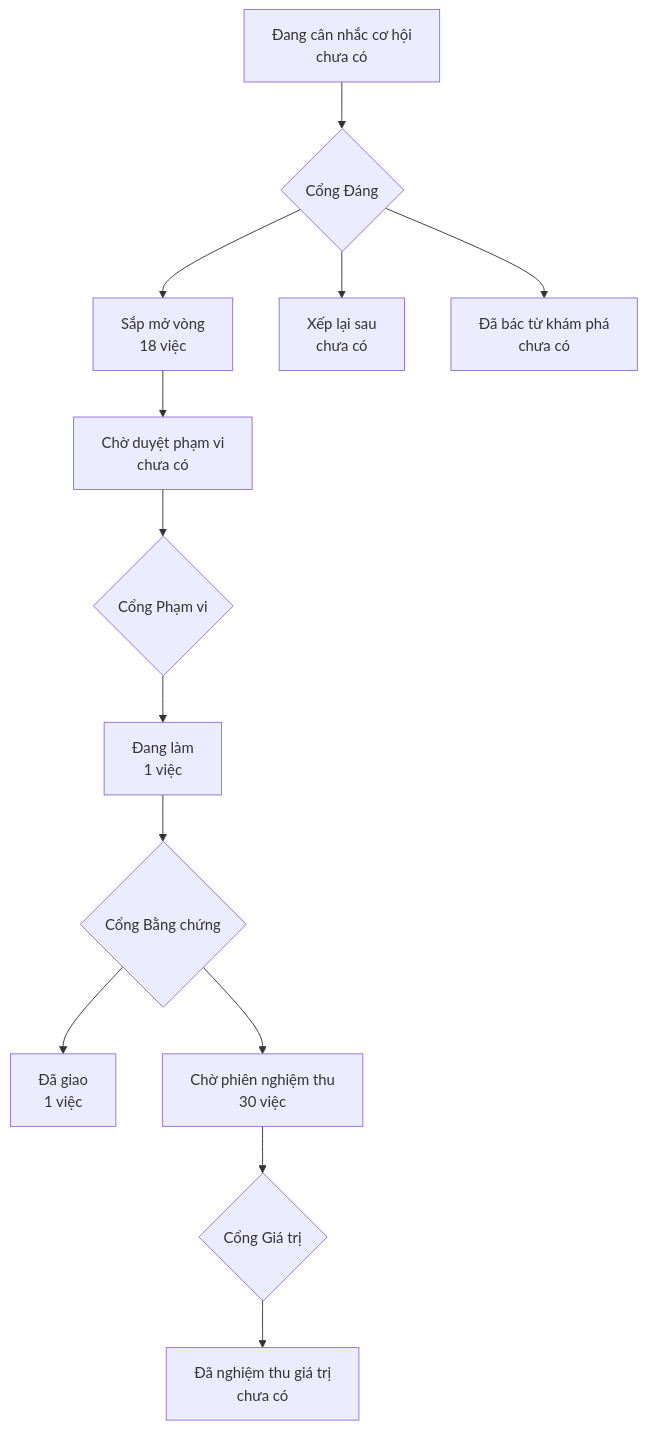
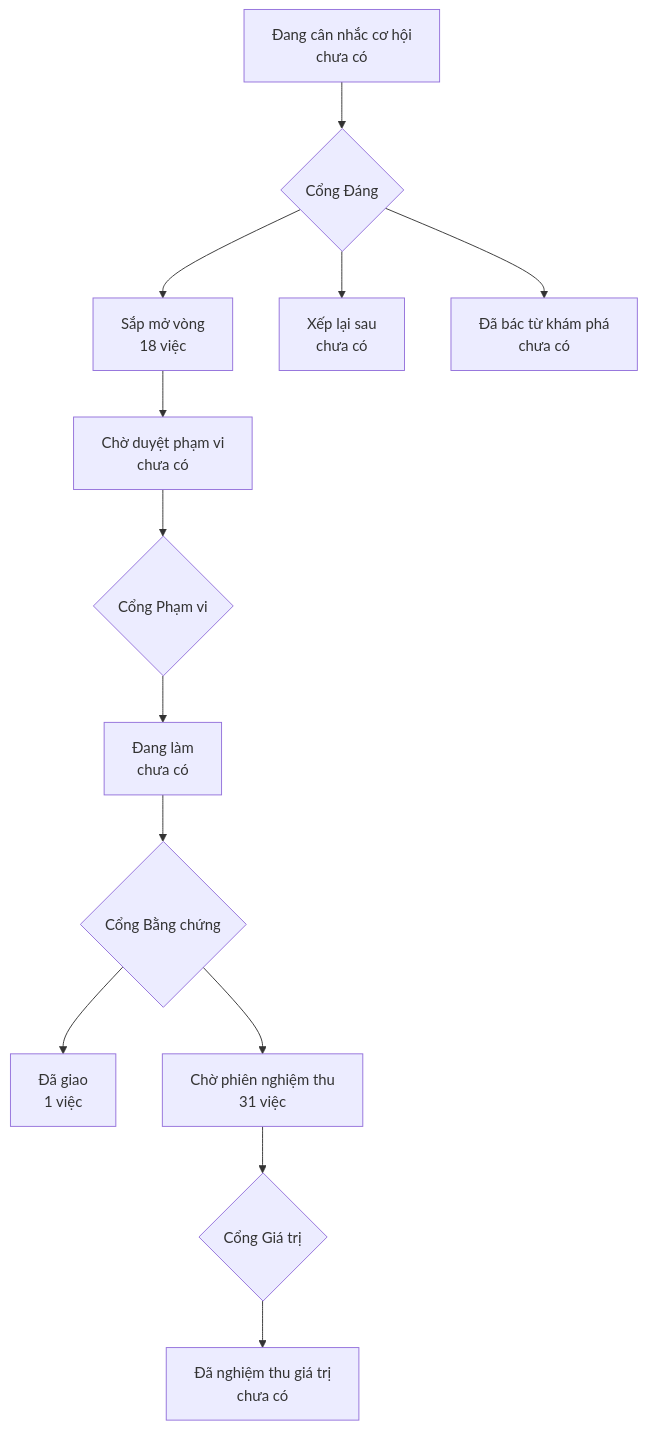
One commit to phanlemanh/onehub-inventory changed the diagram in PRODUCT-MAP.md. Above: the diagram before and after it, drawn with Mermaid. The commit also changed other lines of this file and 4 other files, not shown here.

````diff
--- a/PRODUCT-MAP.md
+++ b/PRODUCT-MAP.md
@@ -7,12 +7,12 @@
 ```mermaid
 flowchart TD
   A["Đang cân nhắc cơ hội<br/>chưa có"] --> GD{"Cổng Đáng"}
   GD --> B["Sắp mở vòng<br/>18 việc"]
   GD --> XL["Xếp lại sau<br/>chưa có"]
   GD --> DB["Đã bác từ khám phá<br/>chưa có"]
   B --> CD["Chờ duyệt phạm vi<br/>chưa có"] --> GP{"Cổng Phạm vi"}
-  GP --> DL["Đang làm<br/>1 việc"] --> GB{"Cổng Bằng chứng"}
+  GP --> DL["Đang làm<br/>chưa có"] --> GB{"Cổng Bằng chứng"}
   GB --> DG["Đã giao<br/>1 việc"]
-  GB --> CN["Chờ phiên nghiệm thu<br/>30 việc"] --> GG{"Cổng Giá trị"}
+  GB --> CN["Chờ phiên nghiệm thu<br/>31 việc"] --> GG{"Cổng Giá trị"}
   GG --> NT["Đã nghiệm thu giá trị<br/>chưa có"]
 ```
````
